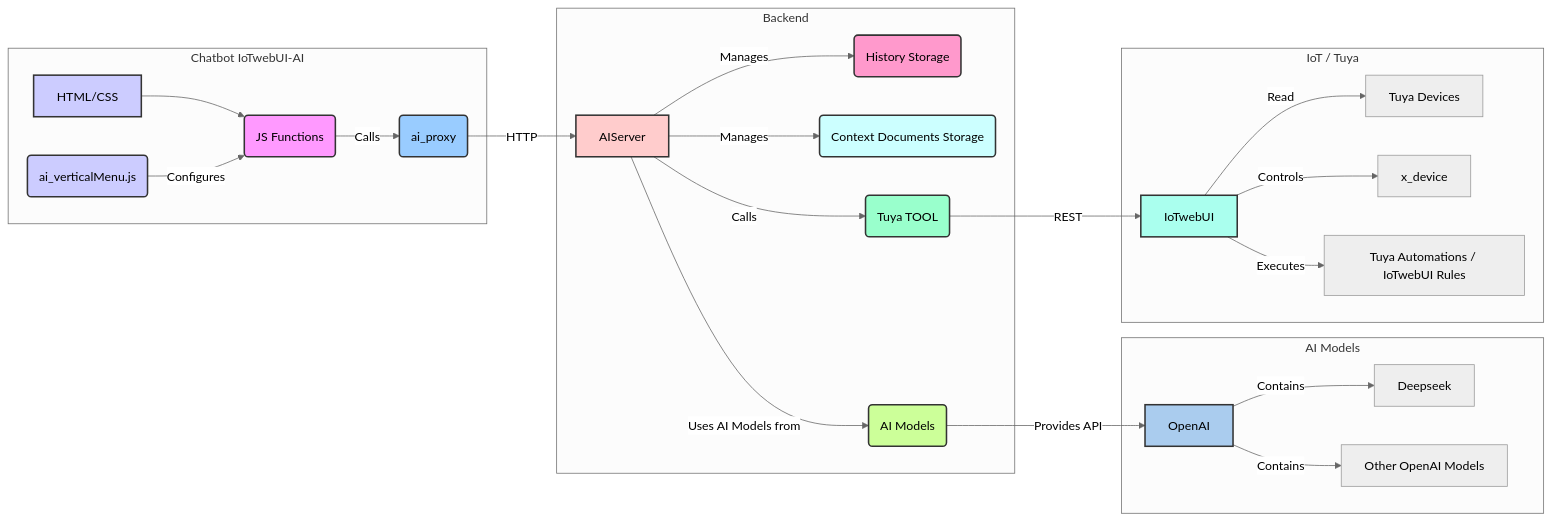
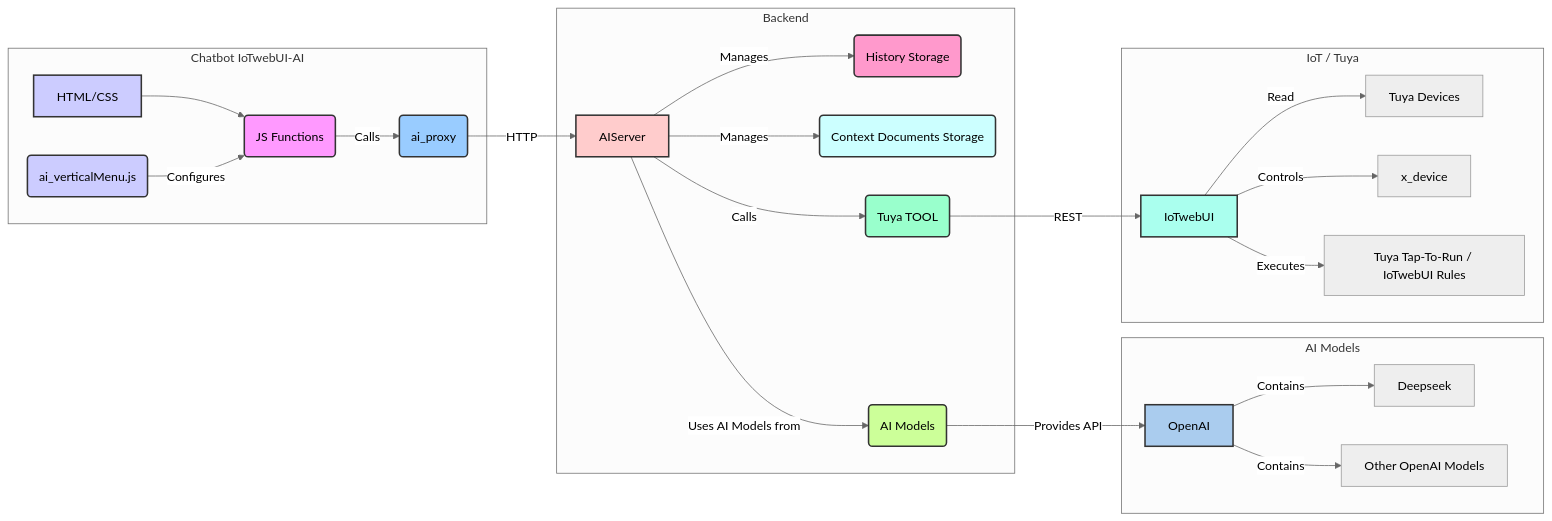
One commit to msillano/IoTwebUI changed the diagram in IOTwebUI-AI/README.md. Above: the diagram before and after it, drawn with Mermaid.

````diff
--- a/IOTwebUI-AI/README.md
+++ b/IOTwebUI-AI/README.md
@@ -9,41 +9,41 @@
 ```mermaid
 %%{init: {'theme': 'neutral'}}%%
 graph LR
     subgraph Chatbot IoTwebUI-AI
         style UI fill:#ccf,stroke:#333,stroke-width:2px
         style UI_JS fill:#f9f,stroke:#333,stroke-width:2px
         style UI_Menu fill:#ccf,stroke:#333,stroke-width:2px
         UI[HTML/CSS] --> UI_JS(JS Functions);
         UI_Menu(ai_verticalMenu.js) -- Configures --> UI_JS;
         UI_JS -- Calls --> Proxy(ai_proxy);
     end
 
     subgraph Backend
         style Proxy fill:#9cf,stroke:#333,stroke-width:2px
         style AIServer fill:#fcc,stroke:#333,stroke-width:2px
         style HistoryDB fill:#f9c,stroke:#333,stroke-width:2px
         style ContextFiles fill:#cff,stroke:#333,stroke-width:2px
         Proxy -- HTTP --> AIServer;
         AIServer -- Uses AI Models from --> AIModels(AI Models);
         AIServer -- Manages --> HistoryDB(History Storage);
         AIServer -- Manages --> ContextFiles(Context Documents Storage);
         AIServer -- Calls   --> IoT(Tuya TOOL);
     end
 
     subgraph AI Models
         style AIModels fill:#cf9,stroke:#333,stroke-width:2px
         style OpenAI fill:#ace,stroke:#333,stroke-width:2px
         AIModels -- Provides API --> OpenAI;
         OpenAI -- Contains --> Deepseek;
         OpenAI -- Contains --> GPTModels[Other OpenAI Models];
      end
 
     subgraph IoT / Tuya
         style IoT fill:#9fc,stroke:#333,stroke-width:2px
         style IoTwebUI fill:#afe,stroke:#333,stroke-width:2px
         IoT -- REST --> IoTwebUI;
         IoTwebUI -- Read -->     TuyaDevices[Tuya Devices];
         IoTwebUI -- Controls --> x_device;
-        IoTwebUI -- Executes --> TuyaAutomations[Tuya Automations / IoTwebUI Rules];
+        IoTwebUI -- Executes --> TuyaAutomations[Tuya Tap-To-Run / IoTwebUI Rules];
     end
 ```
````
